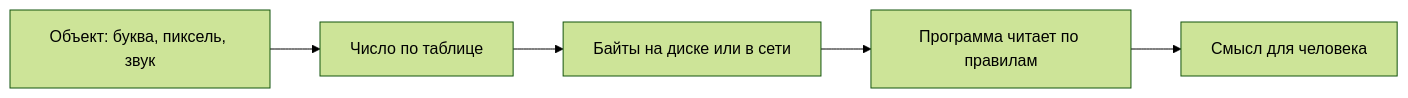
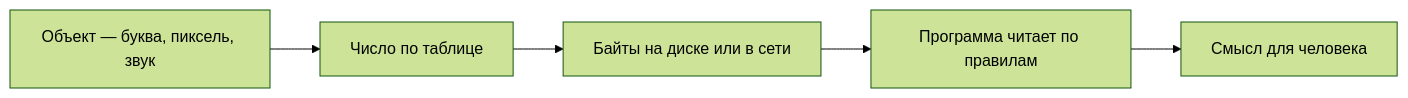
Before and after one commit to Spirzen/it-knowledge-base: the diagram in docs/encyclopedia/1-basics/1-035-bazovaya-informatika/2.md, drawn with Mermaid (forest theme). The commit also changed other lines of this file and 36 other files, not shown here.

````diff
--- a/docs/encyclopedia/1-basics/1-035-bazovaya-informatika/2.md
+++ b/docs/encyclopedia/1-basics/1-035-bazovaya-informatika/2.md
@@ -85,7 +96,7 @@
 ```mermaid
 flowchart LR
-    OBJ[Объект: буква, пиксель, звук] --> NUM[Число по таблице]
+    OBJ[Объект — буква, пиксель, звук] --> NUM[Число по таблице]
     NUM --> BYTES[Байты на диске или в сети]
     BYTES --> PROG[Программа читает по правилам]
     PROG --> SENSE[Смысл для человека]
 ```
````
